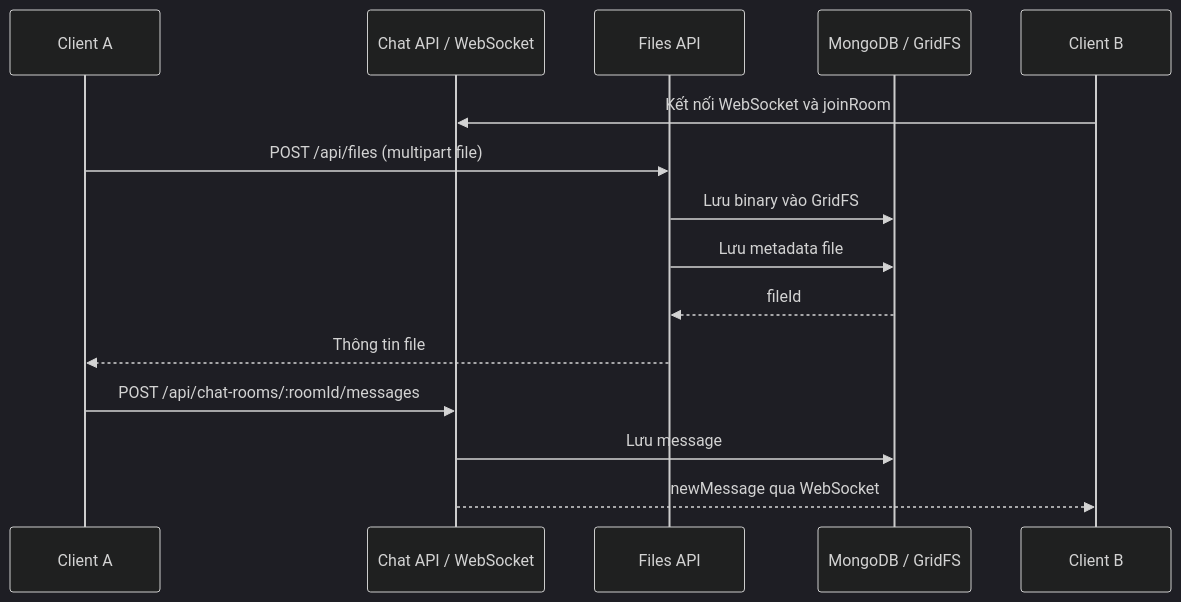
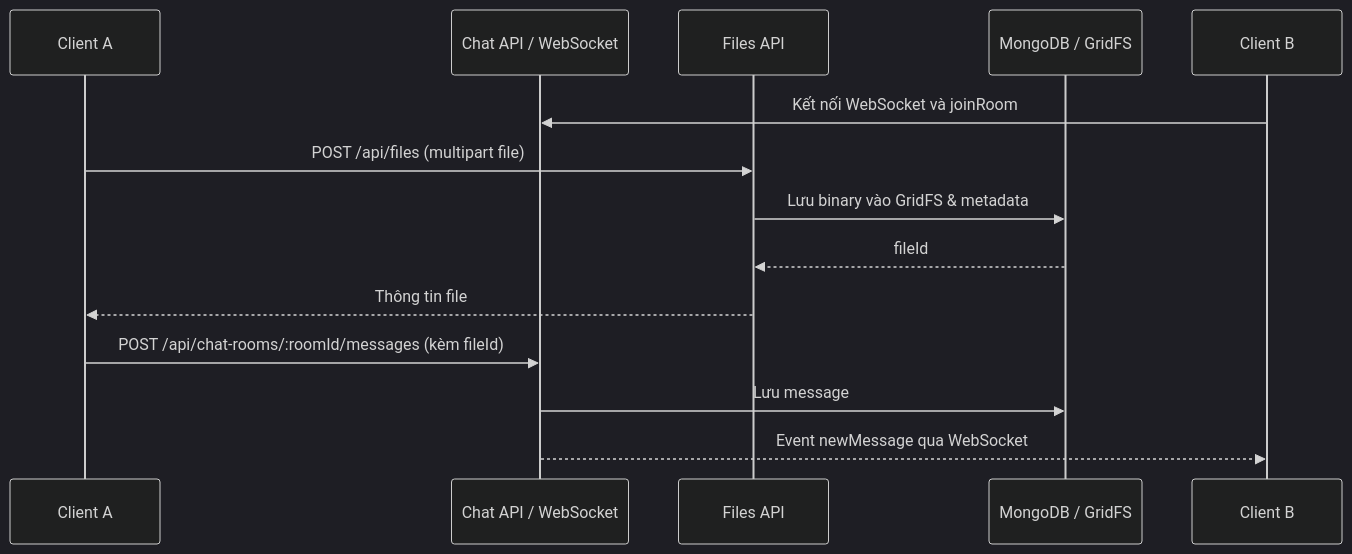
Before and after one commit to minhtienha/chat-file-sharing: the third of 3 diagrams in README.md, drawn with Mermaid (dark theme). The commit also changed other lines of this file, not shown here.

Commit message:
docs(readme): update system architecture and local setup guide

````diff
--- a/README.md
+++ b/README.md
@@ -90,18 +102,17 @@
 ```mermaid
 sequenceDiagram
     participant ClientA as Client A
     participant Chat as Chat API / WebSocket
     participant Files as Files API
     participant DB as MongoDB / GridFS
     participant ClientB as Client B
 
     ClientB->>Chat: Kết nối WebSocket và joinRoom
     ClientA->>Files: POST /api/files (multipart file)
-    Files->>DB: Lưu binary vào GridFS
-    Files->>DB: Lưu metadata file
+    Files->>DB: Lưu binary vào GridFS & metadata
     DB-->>Files: fileId
     Files-->>ClientA: Thông tin file
-    ClientA->>Chat: POST /api/chat-rooms/:roomId/messages
+    ClientA->>Chat: POST /api/chat-rooms/:roomId/messages (kèm fileId)
     Chat->>DB: Lưu message
-    Chat-->>ClientB: newMessage qua WebSocket
+    Chat-->>ClientB: Event newMessage qua WebSocket
 ```
````
